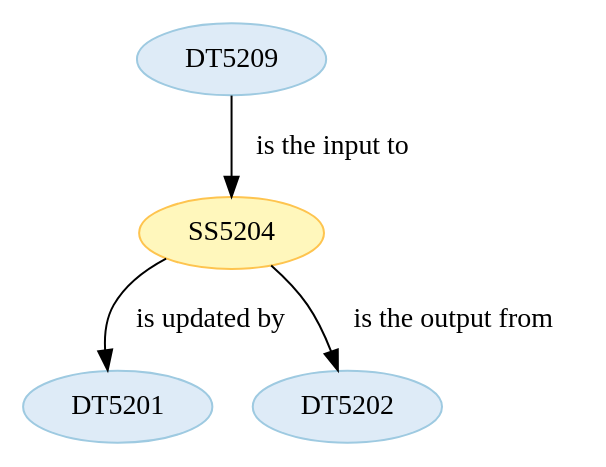
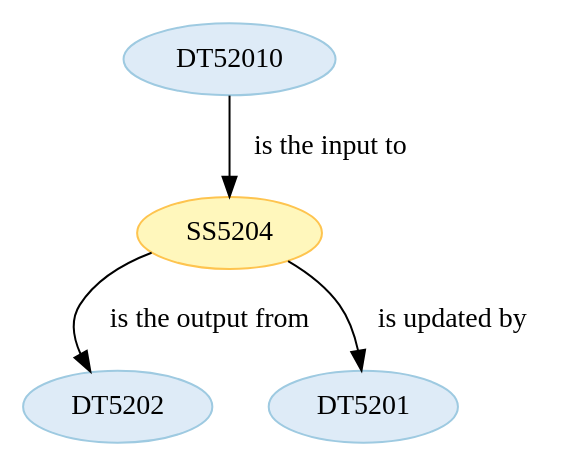
Before and after one commit to Marco-Salvi/cwl-test: the diagram in wf5201/ST520104.dot, drawn with Graphviz. The commit also changed 24 other files, not shown here.

```diff
--- a/wf5201/ST520104.dot
+++ b/wf5201/ST520104.dot
@@ -1,18 +1,18 @@
 strict digraph {
 
+
+	"DT5202" [ color="2", colorscheme="blues3", fillcolor="1", style="filled",  weight=0 ];
 
 	"SS5204" [ color="2", colorscheme="ylorbr3", fillcolor="1", style="filled",  weight=0 ];
 
 	"SS5204" -> "DT5201" [ label="is updated by", labeltooltip="DT5201 - is updated by - SS5204",  weight=0 ];
 
 	"SS5204" -> "DT5202" [ label="is the output from", labeltooltip="DT5202 - is the output from - SS5204",  weight=0 ];
 
 	"DT5201" [ color="2", colorscheme="blues3", fillcolor="1", style="filled",  weight=0 ];
 
-	"DT5202" [ color="2", colorscheme="blues3", fillcolor="1", style="filled",  weight=0 ];
+	"DT52010" [ color="2", colorscheme="blues3", fillcolor="1", style="filled",  weight=0 ];
 
-	"DT5209" [ color="2", colorscheme="blues3", fillcolor="1", style="filled",  weight=0 ];
-
-	"DT5209" -> "SS5204" [ label="is the input to", labeltooltip="DT5209 - is the input to - SS5204",  weight=0 ];
+	"DT52010" -> "SS5204" [ label="is the input to", labeltooltip="DT52010 - is the input to - SS5204",  weight=0 ];
 
 }
```
